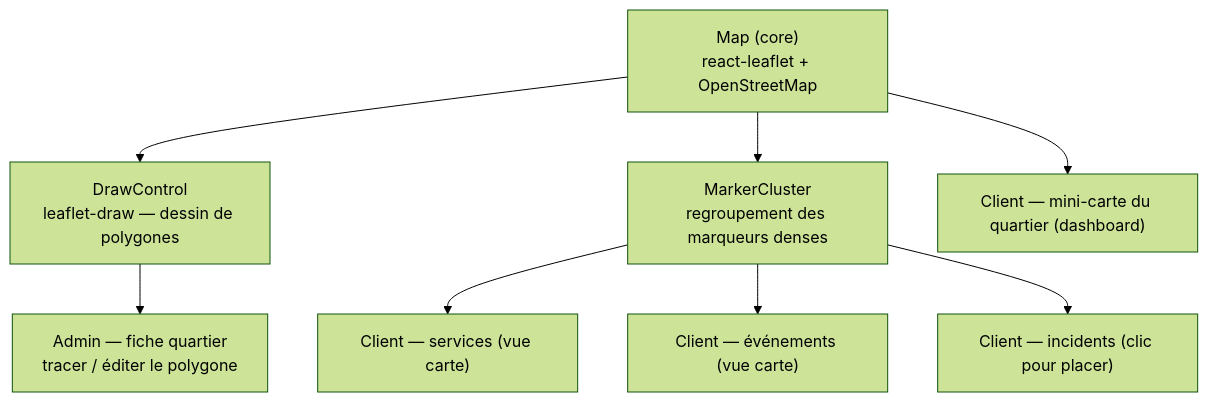
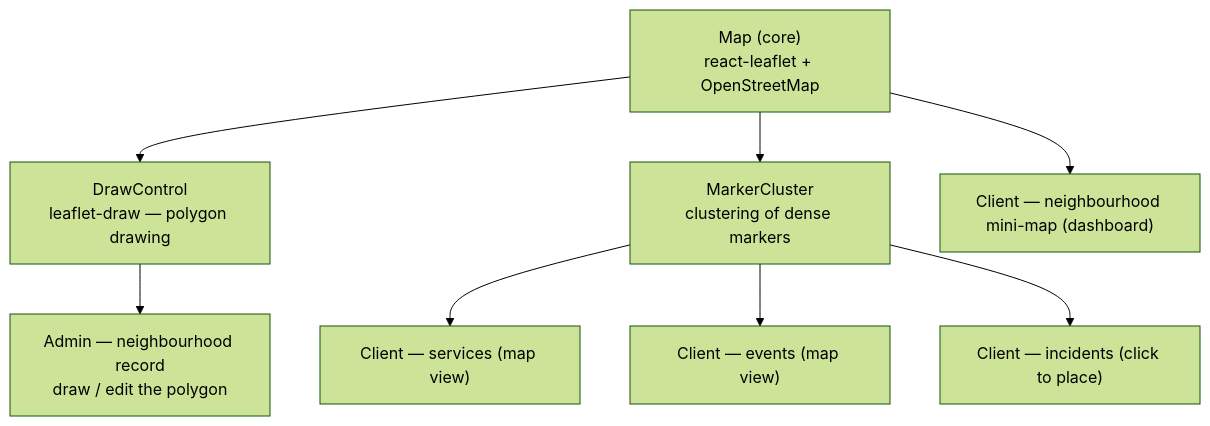
One commit to creibaud/QuartierConnect changed diagram 12 of 20 in docs/RAPPORT-ETAPE3.md. Above: the diagram before and after it, drawn with Mermaid (forest theme). The commit also changed other lines of this file and 155 other files, not shown here.

````diff
--- a/docs/RAPPORT-ETAPE3.md
+++ b/docs/RAPPORT-ETAPE3.md
@@ -463,15 +463,15 @@
 ```mermaid
 graph TD
     Map["Map (core)<br/>react-leaflet + OpenStreetMap"]
-    Draw["DrawControl<br/>leaflet-draw — dessin de polygones"]
-    Cluster["MarkerCluster<br/>regroupement des marqueurs denses"]
+    Draw["DrawControl<br/>leaflet-draw — polygon drawing"]
+    Cluster["MarkerCluster<br/>clustering of dense markers"]
 
     Map --> Draw
     Map --> Cluster
 
-    Draw --> AdminN["Admin — fiche quartier<br/>tracer / éditer le polygone"]
-    Cluster --> CliS["Client — services (vue carte)"]
-    Cluster --> CliE["Client — événements (vue carte)"]
-    Cluster --> CliI["Client — incidents (clic pour placer)"]
-    Map --> Dash["Client — mini-carte du quartier (dashboard)"]
+    Draw --> AdminN["Admin — neighbourhood record<br/>draw / edit the polygon"]
+    Cluster --> CliS["Client — services (map view)"]
+    Cluster --> CliE["Client — events (map view)"]
+    Cluster --> CliI["Client — incidents (click to place)"]
+    Map --> Dash["Client — neighbourhood mini-map (dashboard)"]
 ```
````
